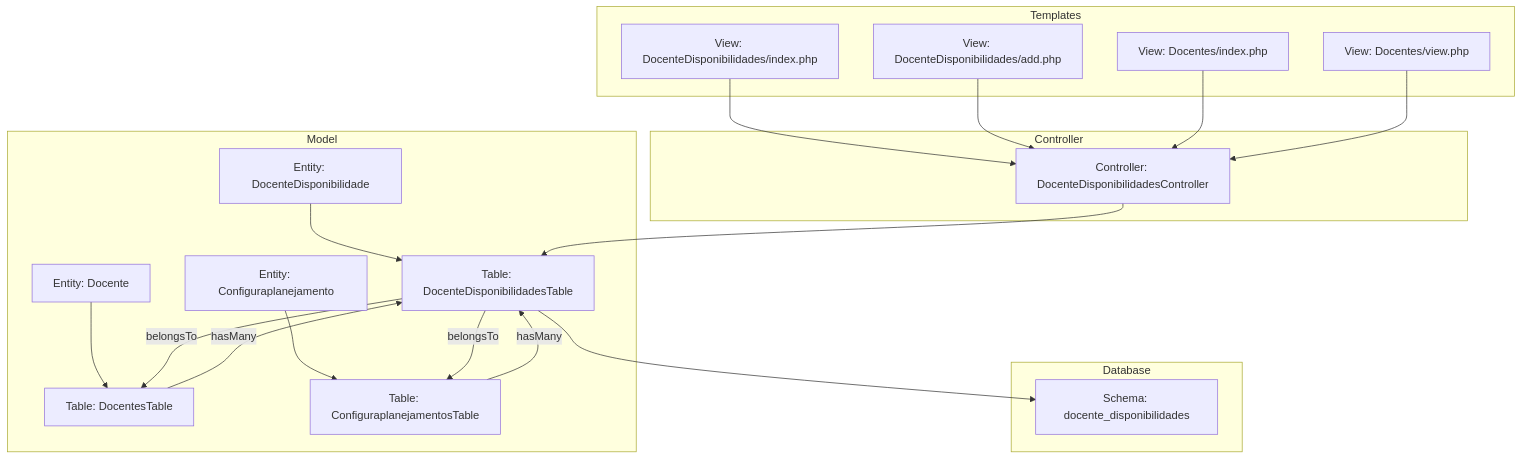
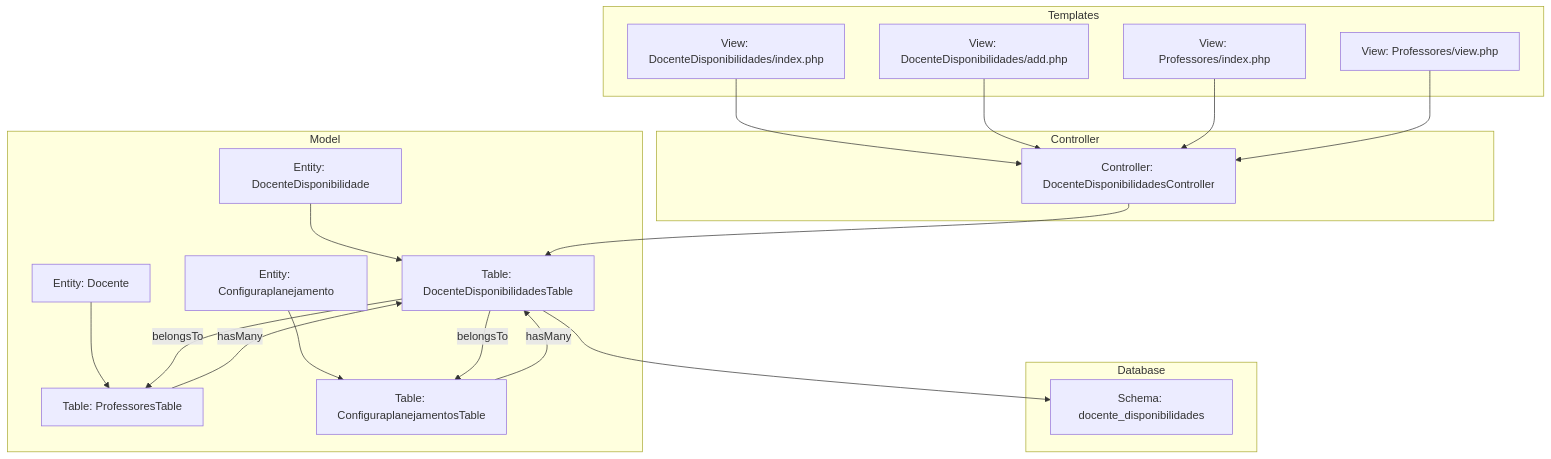
Before and after one commit to luiseduacosta/planejamento5: the first of 8 diagrams in .qoder/repowiki/en/content/Core Features/Faculty Management/Faculty Availability Management.md, drawn with Mermaid. The commit also changed other lines of this file and 37 other files, not shown here.

Commit message:
repowiki: rename Docentes → Professores in metadata

````diff
--- a/.qoder/repowiki/en/content/Core Features/Faculty Management/Faculty Availability Management.md
+++ b/.qoder/repowiki/en/content/Core Features/Faculty Management/Faculty Availability Management.md
@@ -41,36 +41,36 @@
 ```mermaid
 graph TB
 subgraph "Model"
 EDD["Entity: DocenteDisponibilidade"]
 TDD["Table: DocenteDisponibilidadesTable"]
 ED["Entity: Docente"]
-TD["Table: DocentesTable"]
+TD["Table: ProfessoresTable"]
 EC["Entity: Configuraplanejamento"]
 TC["Table: ConfiguraplanejamentosTable"]
 end
 subgraph "Controller"
 CDD["Controller: DocenteDisponibilidadesController"]
 end
 subgraph "Templates"
 VDDI["View: DocenteDisponibilidades/index.php"]
 VDDA["View: DocenteDisponibilidades/add.php"]
-VDIndex["View: Docentes/index.php"]
-VDView["View: Docentes/view.php"]
+VDIndex["View: Professores/index.php"]
+VDView["View: Professores/view.php"]
 end
 subgraph "Database"
 DB["Schema: docente_disponibilidades"]
 end
 EDD --> TDD
 ED --> TD
 EC --> TC
 TDD --> |belongsTo| TD
 TDD --> |belongsTo| TC
 TD --> |hasMany| TDD
 TC --> |hasMany| TDD
 CDD --> TDD
 VDDI --> CDD
 VDDA --> CDD
 VDIndex --> CDD
 VDView --> CDD
 TDD --> DB
 ```
````
